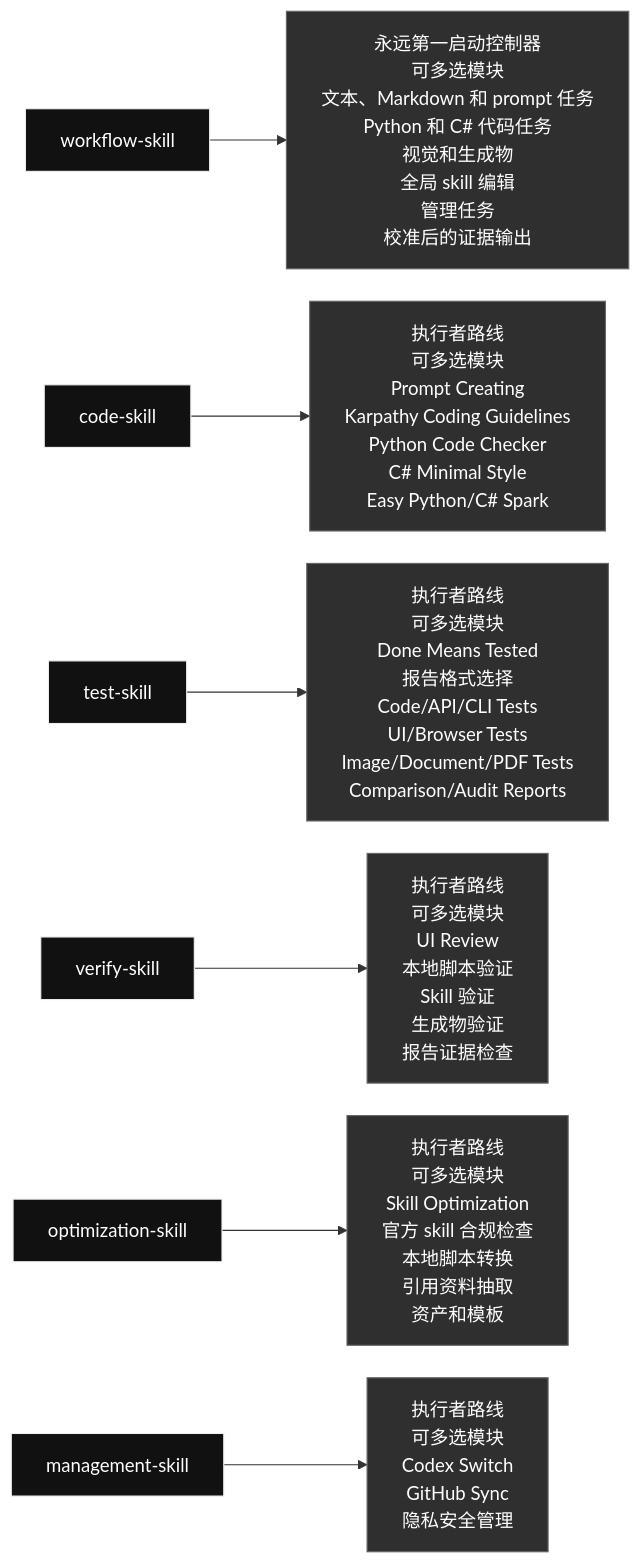
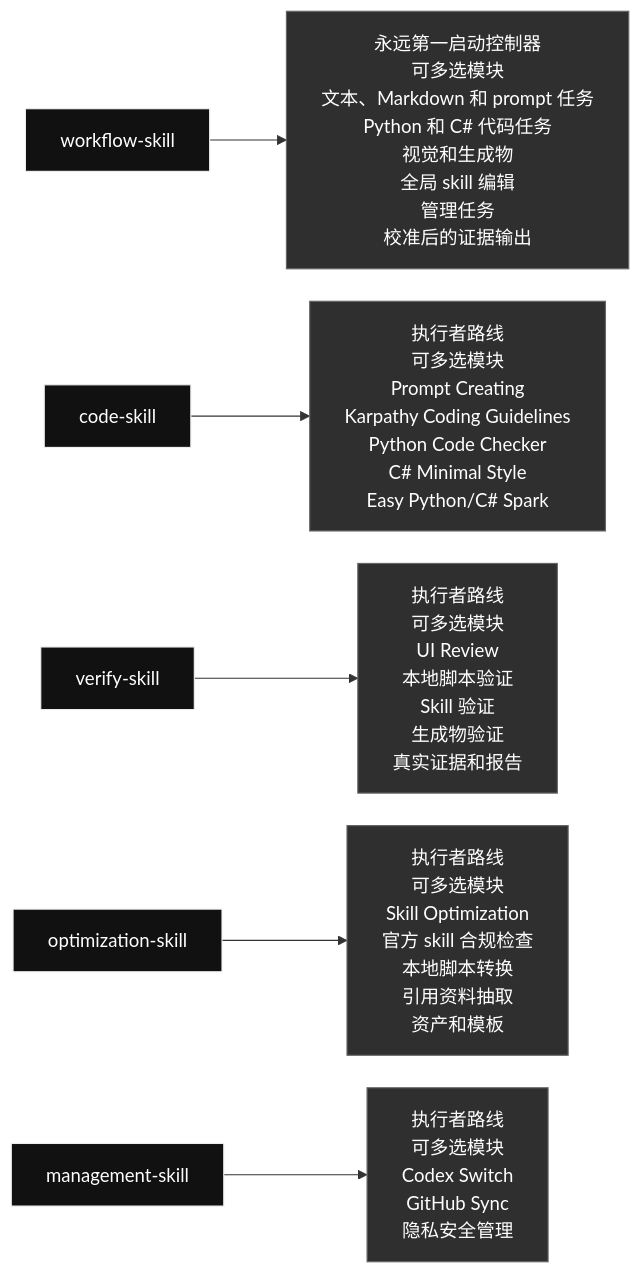
The diagram in README.zh.md (qinbatista/qin-codex-skills), drawn with Mermaid before and after one commit. The commit also changed other lines of this file and 23 other files, not shown here.

````diff
--- a/README.zh.md
+++ b/README.zh.md
@@ -7,14 +7,13 @@
 ```mermaid
 %%{init: {"flowchart": {"nodeSpacing": 28, "rankSpacing": 54, "wrappingWidth": 240}}}%%
 flowchart LR
   skill_workflow_skill["workflow-skill"] --> inside_workflow_skill["永远第一启动控制器<br/>可多选模块<br/>文本、Markdown 和 prompt 任务<br/>Python 和 C# 代码任务<br/>视觉和生成物<br/>全局 skill 编辑<br/>管理任务<br/>校准后的证据输出"]
   skill_code_skill["code-skill"] --> inside_code_skill["执行者路线<br/>可多选模块<br/>Prompt Creating<br/>Karpathy Coding Guidelines<br/>Python Code Checker<br/>C# Minimal Style<br/>Easy Python/C# Spark"]
-  skill_test_skill["test-skill"] --> inside_test_skill["执行者路线<br/>可多选模块<br/>Done Means Tested<br/>报告格式选择<br/>Code/API/CLI Tests<br/>UI/Browser Tests<br/>Image/Document/PDF Tests<br/>Comparison/Audit Reports"]
-  skill_verify_skill["verify-skill"] --> inside_verify_skill["执行者路线<br/>可多选模块<br/>UI Review<br/>本地脚本验证<br/>Skill 验证<br/>生成物验证<br/>报告证据检查"]
+  skill_verify_skill["verify-skill"] --> inside_verify_skill["执行者路线<br/>可多选模块<br/>UI Review<br/>本地脚本验证<br/>Skill 验证<br/>生成物验证<br/>真实证据和报告"]
   skill_optimization_skill["optimization-skill"] --> inside_optimization_skill["执行者路线<br/>可多选模块<br/>Skill Optimization<br/>官方 skill 合规检查<br/>本地脚本转换<br/>引用资料抽取<br/>资产和模板"]
   skill_management_skill["management-skill"] --> inside_management_skill["执行者路线<br/>可多选模块<br/>Codex Switch<br/>GitHub Sync<br/>隐私安全管理"]
   classDef skill fill:#111,color:#fff,stroke:#eee;
   classDef content fill:#2f2f2f,color:#fff,stroke:#666;
-  class skill_workflow_skill,skill_code_skill,skill_test_skill,skill_verify_skill,skill_optimization_skill,skill_management_skill skill;
-  class inside_workflow_skill,inside_code_skill,inside_test_skill,inside_verify_skill,inside_optimization_skill,inside_management_skill content;
+  class skill_workflow_skill,skill_code_skill,skill_verify_skill,skill_optimization_skill,skill_management_skill skill;
+  class inside_workflow_skill,inside_code_skill,inside_verify_skill,inside_optimization_skill,inside_management_skill content;
 ```
````
